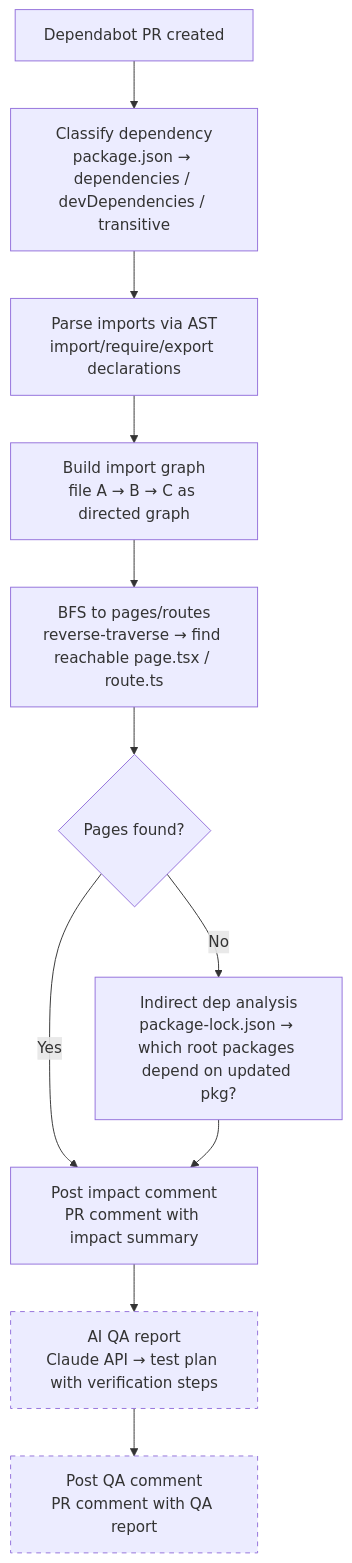
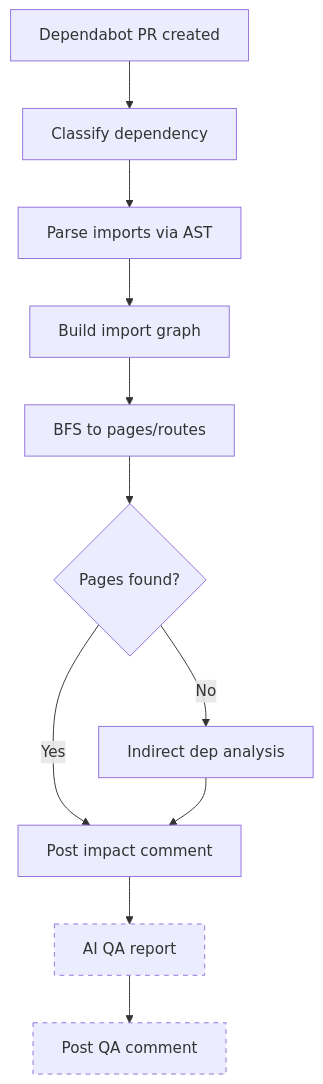
One commit to nokki-y/dependabot-insight changed the diagram in README.md. Above: the diagram before and after it, drawn with Mermaid. The commit also changed other lines of this file and 3 other files, not shown here.

First line of the commit message:
Simplify all Mermaid diagrams: short labels + detail tables

````diff
--- a/README.md
+++ b/README.md
@@ -157,16 +157,16 @@
 ```mermaid
 flowchart TD
-    START[Dependabot PR created] --> S1[Classify dependency<br>package.json → dependencies / devDependencies / transitive]
-    S1 --> S2[Parse imports via AST<br>import/require/export declarations]
-    S2 --> S3[Build import graph<br>file A → B → C as directed graph]
-    S3 --> S4[BFS to pages/routes<br>reverse-traverse → find reachable page.tsx / route.ts]
+    START[Dependabot PR created] --> S1[Classify dependency]
+    S1 --> S2[Parse imports via AST]
+    S2 --> S3[Build import graph]
+    S3 --> S4[BFS to pages/routes]
     S4 --> CHECK{Pages found?}
-    CHECK -->|No| S5[Indirect dep analysis<br>package-lock.json → which root packages depend on updated pkg?]
-    CHECK -->|Yes| S6[Post impact comment<br>PR comment with impact summary]
+    CHECK -->|No| S5[Indirect dep analysis]
+    CHECK -->|Yes| S6[Post impact comment]
     S5 --> S6
-    S6 --> S7[AI QA report<br>Claude API → test plan with verification steps]
-    S7 --> S8[Post QA comment<br>PR comment with QA report]
+    S6 --> S7[AI QA report]
+    S7 --> S8[Post QA comment]
 
     style S7 stroke-dasharray: 5 5
     style S8 stroke-dasharray: 5 5
 ```
````
